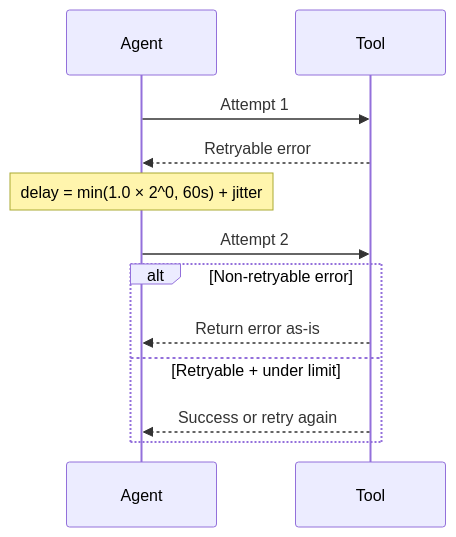
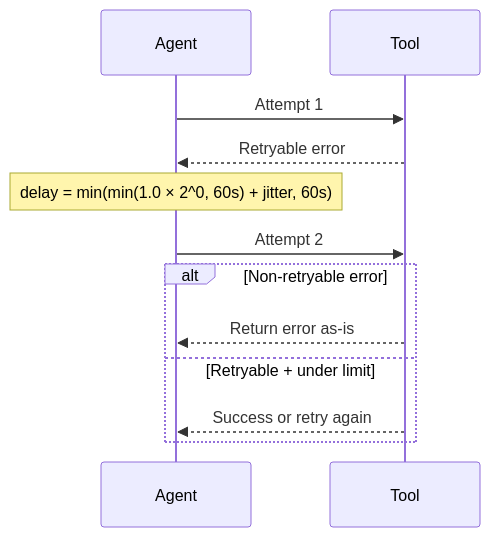
The second of 4 diagrams in docs/features/tool-retry-backoff.mdx (MervinPraison/PraisonAIDocs), drawn with Mermaid before and after one commit. The commit also changed other lines of this file and 3 other files, not shown here.

````diff
--- a/docs/features/tool-retry-backoff.mdx
+++ b/docs/features/tool-retry-backoff.mdx
@@ -92,14 +92,14 @@
 ```mermaid
 sequenceDiagram
     participant Agent
     participant Tool
     Agent->>Tool: Attempt 1
     Tool-->>Agent: Retryable error
-    Note over Agent: delay = min(1.0 × 2^0, 60s) + jitter
+    Note over Agent: delay = min(min(1.0 × 2^0, 60s) + jitter, 60s)
     Agent->>Tool: Attempt 2
     alt Non-retryable error
         Tool-->>Agent: Return error as-is
     else Retryable + under limit
         Tool-->>Agent: Success or retry again
     end
 ```
````
